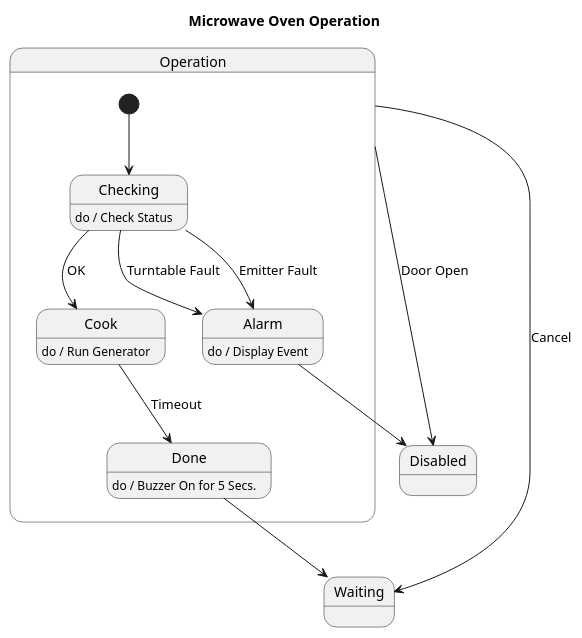
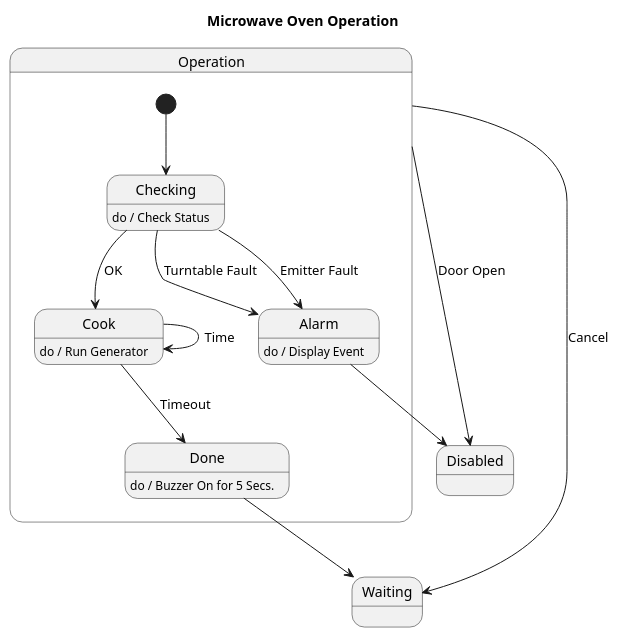
The diagram in dataset/case_51_microwave_oven_operation/diagram.puml (maimunafaria/State_transition_Diagram_generated_by_LLM), drawn with PlantUML before and after one commit. The commit also changed 36 other files, not shown here.

Commit message:
verifying diagram ( plantuml )

```diff
--- a/dataset/case_51_microwave_oven_operation/diagram.puml
+++ b/dataset/case_51_microwave_oven_operation/diagram.puml
@@ -1,36 +1,37 @@
 @startuml
 title Microwave Oven Operation
 
 state Operation {
 
   state Checking
   Checking : do / Check Status
 
   state Cook
   Cook : do / Run Generator
 
   state Alarm
   Alarm : do / Display Event
 
   state Done
   Done : do / Buzzer On for 5 Secs.
 
   [*] --> Checking
 
   Checking --> Cook : OK
   Checking --> Alarm : Turntable Fault
   Checking --> Alarm : Emitter Fault
 
   Cook --> Done : Timeout
+  Cook --> Cook : Time
 }
 
 state Disabled
 state Waiting
 
 Operation --> Disabled : Door Open
 Operation --> Waiting : Cancel
 
 Alarm --> Disabled
 Done --> Waiting
 
 @enduml
```
